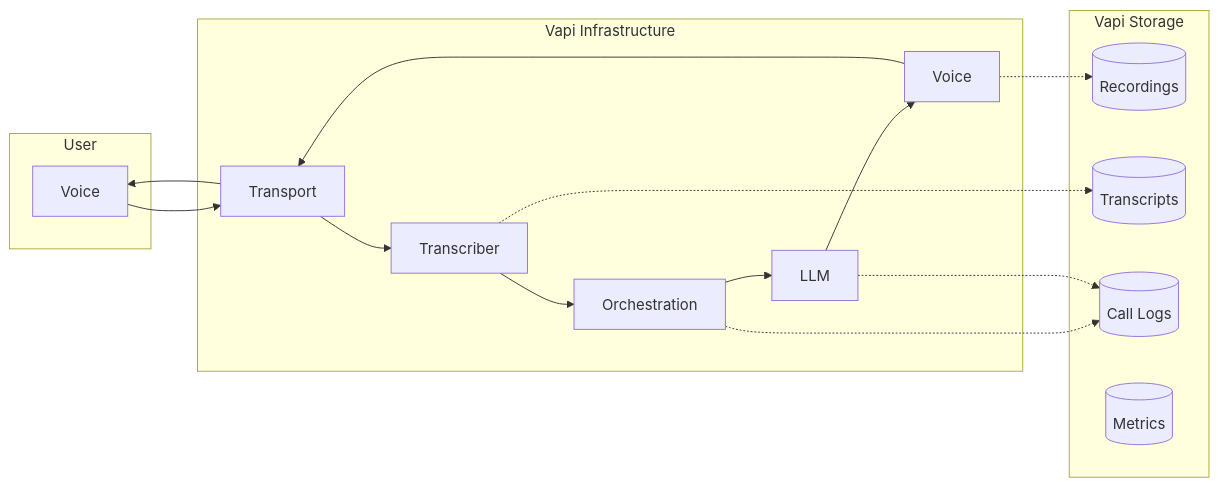
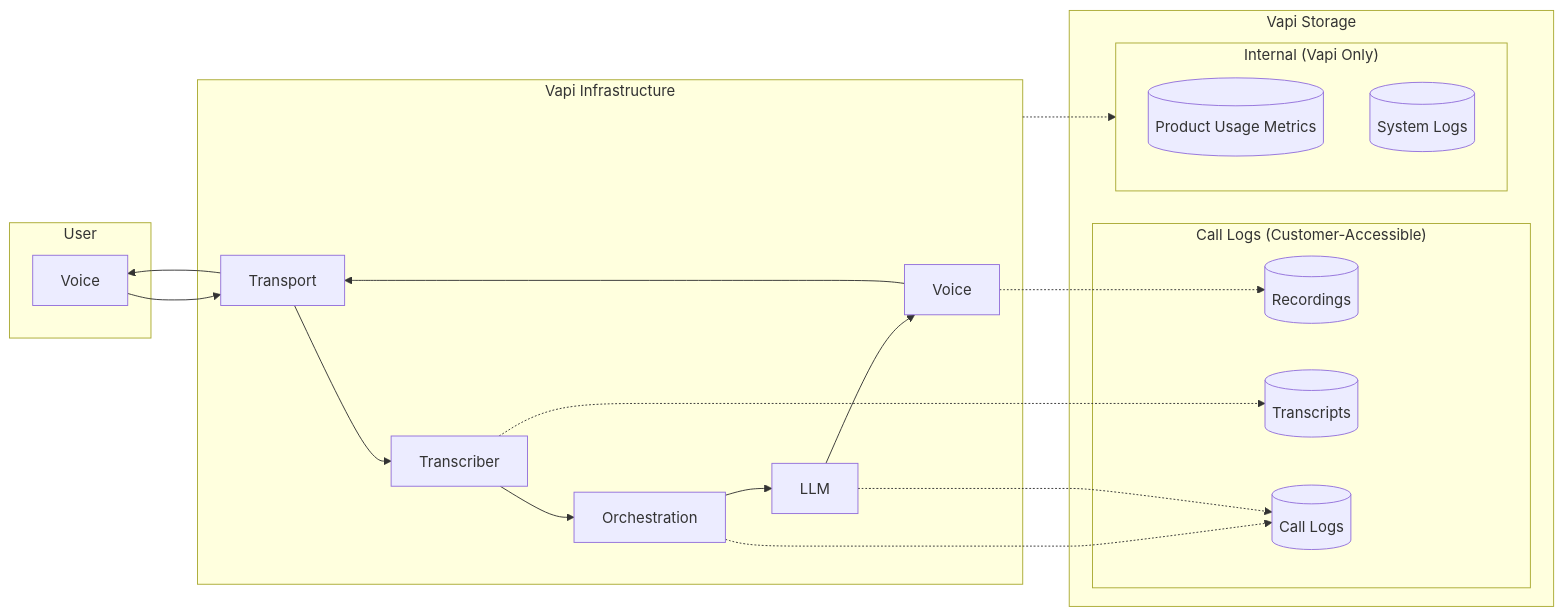
The second of 4 diagrams in fern/security-and-privacy/data-flow.mdx (VapiAI/docs), drawn with Mermaid before and after one commit. The commit also changed other lines of this file, not shown here.

````diff
--- a/fern/security-and-privacy/data-flow.mdx
+++ b/fern/security-and-privacy/data-flow.mdx
@@ -146,27 +161,33 @@
 ```mermaid
 flowchart LR
     subgraph User["User"]
         A[Voice]
     end
     
     subgraph Vapi["Vapi Infrastructure"]
         T[Transport]
         STT[Transcriber]
         O[Orchestration]
         LLM[LLM]
         TTS[Voice]
     end
     
-    subgraph Storage["Vapi Storage"]
-        R[(Recordings)]
-        TR[(Transcripts)]
-        L[(Call Logs)]
-        M[(Metrics)]
+    subgraph VapiStorage["Vapi Storage"]
+        subgraph CallData["Call Logs (Customer-Accessible)"]
+            R[(Recordings)]
+            TR[(Transcripts)]
+            L[(Call Logs)]
+        end
+        subgraph InternalData["Internal (Vapi Only)"]
+            M[(Product Usage Metrics)]
+            SL[(System Logs)]
+        end
     end
     
     A --> T --> STT --> O --> LLM --> TTS --> T --> A
     STT -.-> TR
     O -.-> L
     LLM -.-> L
     TTS -.-> R
+    Vapi -.-> InternalData
 ```
````
